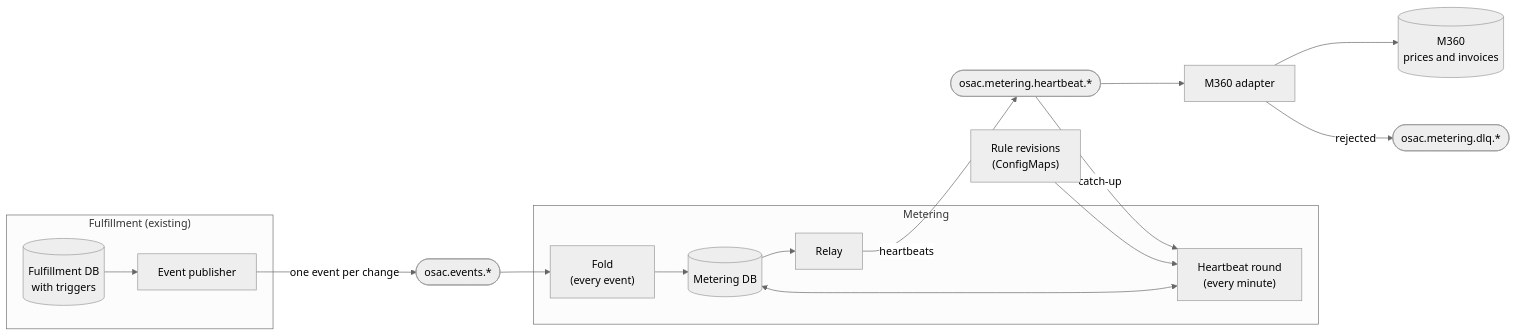
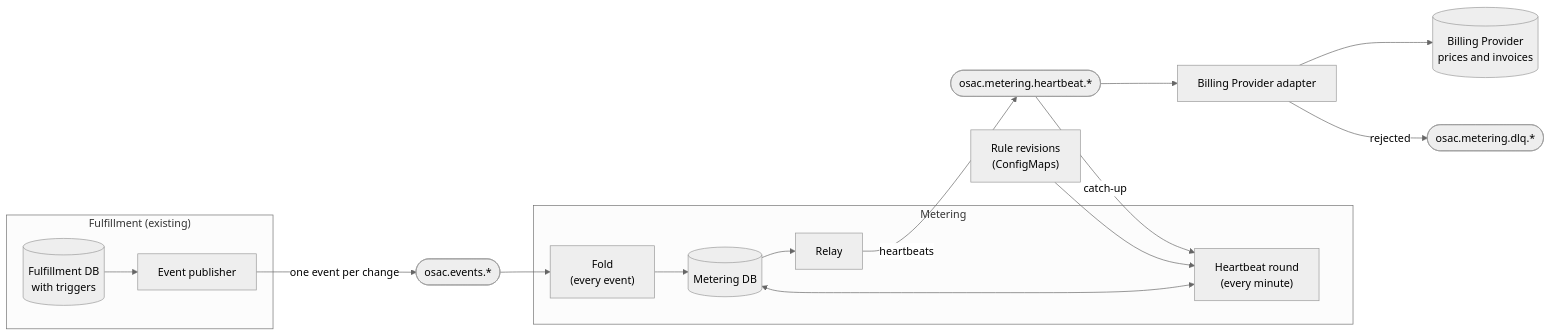
Before and after one commit to omer-vishlitzky/enhancement-proposals: the diagram in enhancements/OSAC-5753-event-log-driven-metering/design.md, drawn with Mermaid (neutral theme). The commit also changed other lines of this file, not shown here.

````diff
--- a/enhancements/OSAC-5753-event-log-driven-metering/design.md
+++ b/enhancements/OSAC-5753-event-log-driven-metering/design.md
@@ -87,19 +91,19 @@
 ```mermaid
 flowchart LR
   subgraph fulfillment["Fulfillment (existing)"]
     fdb[("Fulfillment DB<br/>with triggers")] --> pub["Event publisher"]
   end
   pub -->|"one event per change"| events(["osac.events.*"])
   subgraph metering["Metering"]
     fold["Fold<br/>(every event)"] --> mdb[("Metering DB")]
     round["Heartbeat round<br/>(every minute)"] <--> mdb
     mdb --> relay["Relay"]
   end
   events --> fold
   rules["Rule revisions<br/>(ConfigMaps)"] --> round
   relay -->|"heartbeats"| beats(["osac.metering.heartbeat.*"])
   beats -->|"catch-up"| round
-  beats --> adapter["M360 adapter"]
-  adapter --> m360[("M360<br/>prices and invoices")]
+  beats --> adapter["Billing Provider adapter"]
+  adapter --> billing_provider[("Billing Provider<br/>prices and invoices")]
   adapter -->|"rejected"| dlq(["osac.metering.dlq.*"])
 ```
````
